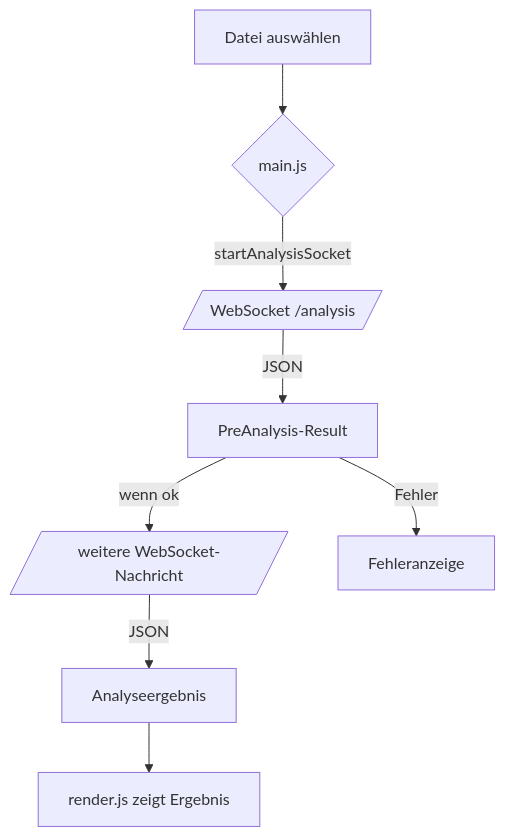
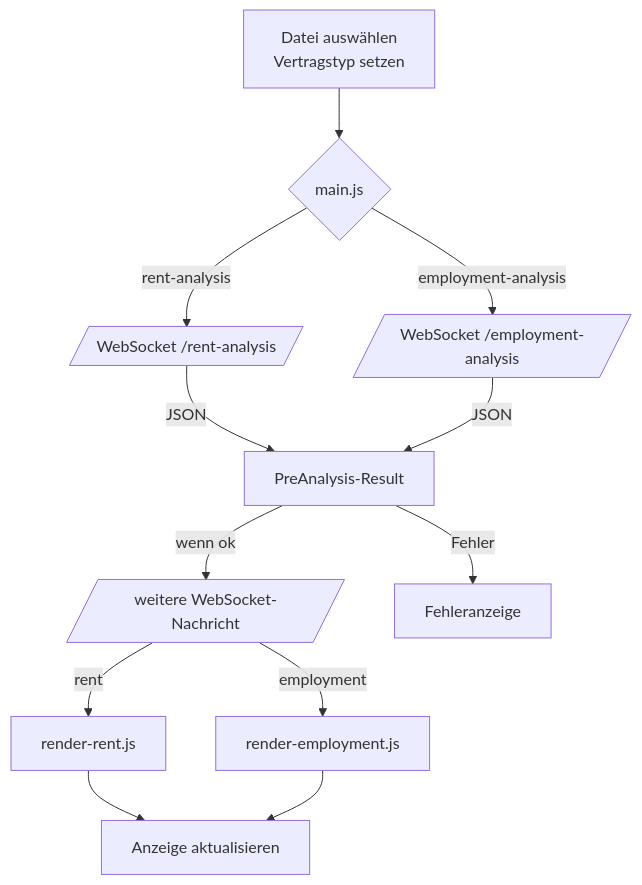
Before and after one commit to sebastian-305/PocketLawyer: the seventh of 8 diagrams in docs/Diagrams/diagrams.md, drawn with Mermaid. The commit also changed other lines of this file and 1 other file, not shown here.

Commit message:
Update diagram documentation for new agents

````diff
--- a/docs/Diagrams/diagrams.md
+++ b/docs/Diagrams/diagrams.md
@@ -431,10 +439,13 @@
 ```mermaid
 flowchart TD
-    A[Datei auswählen] --> B{main.js}
-    B -->|startAnalysisSocket| C[/WebSocket /analysis/]
-    C -->|JSON| D[PreAnalysis-Result]
+    A[Datei auswählen<br>Vertragstyp setzen] --> B{main.js}
+    B -->|rent-analysis| CR[/WebSocket /rent-analysis/]
+    B -->|employment-analysis| CE[/WebSocket /employment-analysis/]
+    CR & CE -->|JSON| D[PreAnalysis-Result]
     D -->|wenn ok| E[/weitere WebSocket-Nachricht/]
-    E -->|JSON| F[Analyseergebnis]
-    F --> G[render.js zeigt Ergebnis]
+    E -->|rent| FR[render-rent.js]
+    E -->|employment| FE[render-employment.js]
+    FR --> G[Anzeige aktualisieren]
+    FE --> G
     D -->|Fehler| H[Fehleranzeige]
 ```
````
